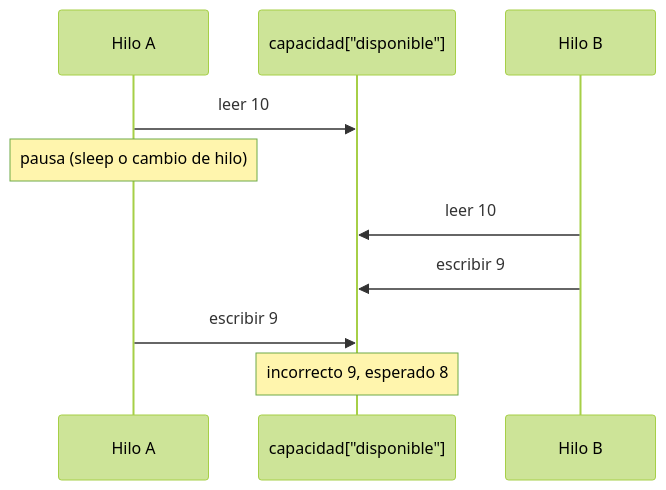
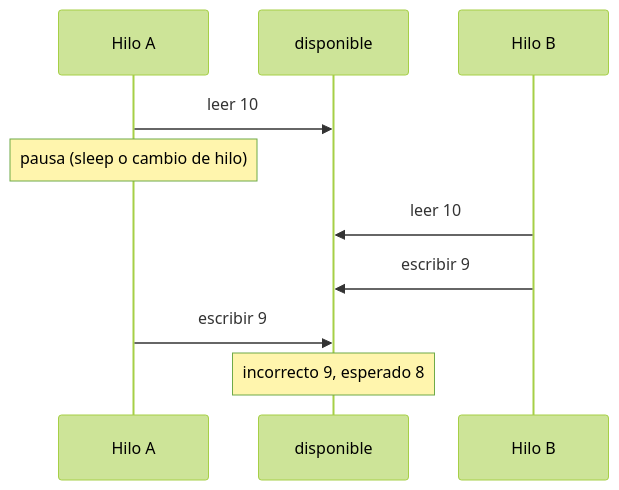
Before and after one commit to NICORUIZ93/The_Imperial_Book: the second of 5 diagrams in web/public/content/foundations/modulo-5.md, drawn with Mermaid (forest theme). The commit also changed other lines of this file and 1 other file, not shown here.

````diff
--- a/web/public/content/foundations/modulo-5.md
+++ b/web/public/content/foundations/modulo-5.md
@@ -492,12 +506,12 @@
 ```mermaid
 sequenceDiagram
     participant A as Hilo A
-    participant S as capacidad["disponible"]
+    participant S as disponible
     participant B as Hilo B
     A->>S: leer 10
     Note over A: pausa (sleep o cambio de hilo)
     B->>S: leer 10
     B->>S: escribir 9
     A->>S: escribir 9
     Note over S: incorrecto 9, esperado 8
 ```
````
